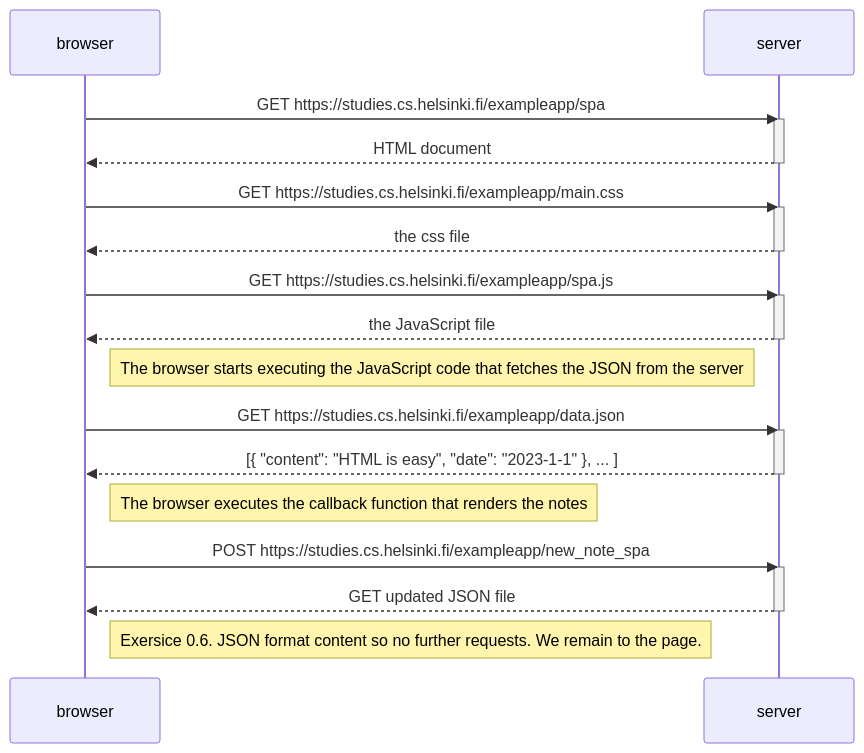
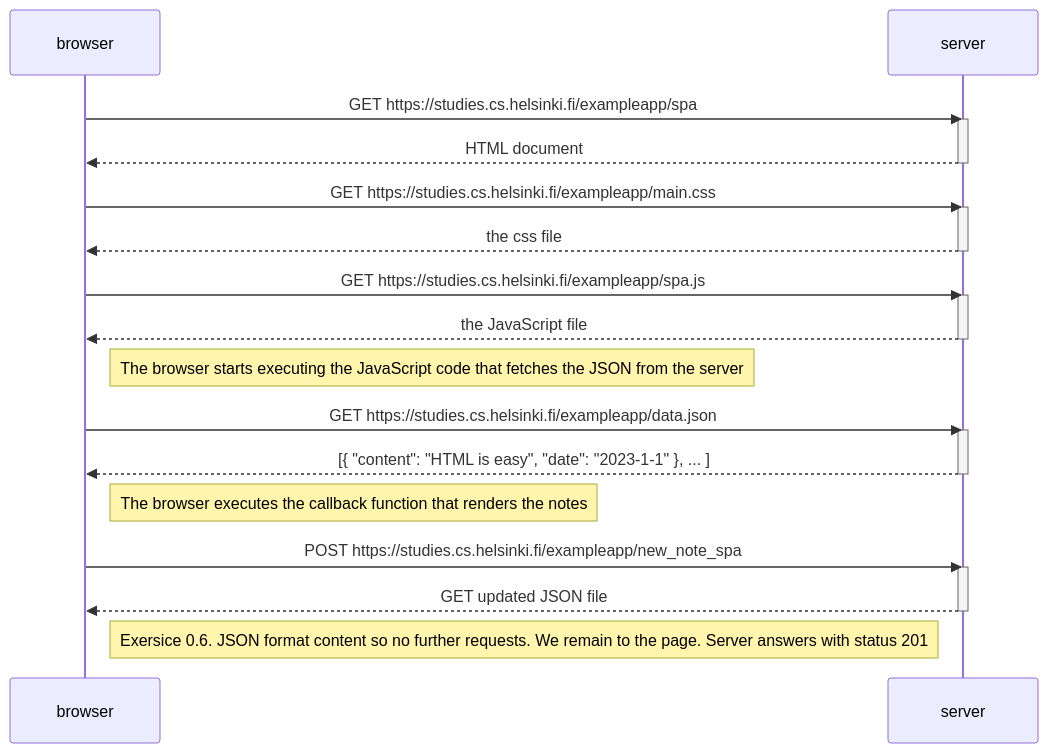
Before and after one commit to z1skgr/FullOpenStack2023: the diagram in Part 0/Ex0.6/6.md, drawn with Mermaid.

````diff
--- a/Part 0/Ex0.6/6.md
+++ b/Part 0/Ex0.6/6.md
@@ -1,38 +1,38 @@
 ```mermaid
 
 sequenceDiagram
     participant browser
     participant server
     
     browser->>server: GET https://studies.cs.helsinki.fi/exampleapp/spa
     activate server
     server-->>browser: HTML document
     deactivate server
     
     browser->>server: GET https://studies.cs.helsinki.fi/exampleapp/main.css
     activate server
     server-->>browser: the css file
     deactivate server
     
     browser->>server: GET https://studies.cs.helsinki.fi/exampleapp/spa.js
     activate server
     server-->>browser: the JavaScript file
     deactivate server
     
     Note right of browser: The browser starts executing the JavaScript code that fetches the JSON from the server
     
     browser->>server: GET https://studies.cs.helsinki.fi/exampleapp/data.json
     activate server
     server-->>browser: [{ "content": "HTML is easy", "date": "2023-1-1" }, ... ]
     deactivate server    
 
     Note right of browser: The browser executes the callback function that renders the notes 
     
 browser->>server: POST https://studies.cs.helsinki.fi/exampleapp/new_note_spa
     activate server
     server-->>browser: GET updated JSON file
     deactivate server
-    Note right of browser: Exersice 0.6. JSON format content so no further requests. We remain to the page. 
+    Note right of browser: Exersice 0.6. JSON format content so no further requests. We remain to the page. Server answers with status 201
 
 
 ```
````
